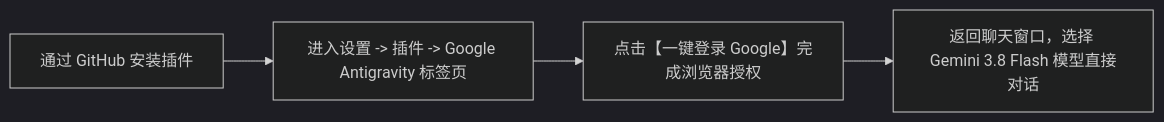
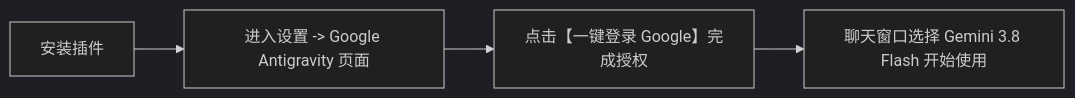
Before and after one commit to Lovexiaoxiaowo/dsh-plugin-antigravity-acp: the diagram in README.md, drawn with Mermaid (dark theme). The commit also changed other lines of this file and 14 other files, not shown here.

````diff
--- a/README.md
+++ b/README.md
@@ -52,6 +63,6 @@
 ```mermaid
 flowchart LR
-    A[通过 GitHub 安装插件] --> B[进入设置 -> 插件 -> Google Antigravity 标签页]
-    B --> C[点击【一键登录 Google】完成浏览器授权]
-    C --> D[返回聊天窗口，选择 Gemini 3.8 Flash 模型直接对话]
+    A[安装插件] --> B[进入设置 -> Google Antigravity 页面]
+    B --> C[点击【一键登录 Google】完成授权]
+    C --> D[聊天窗口选择 Gemini 3.8 Flash 开始使用]
 ```
````
